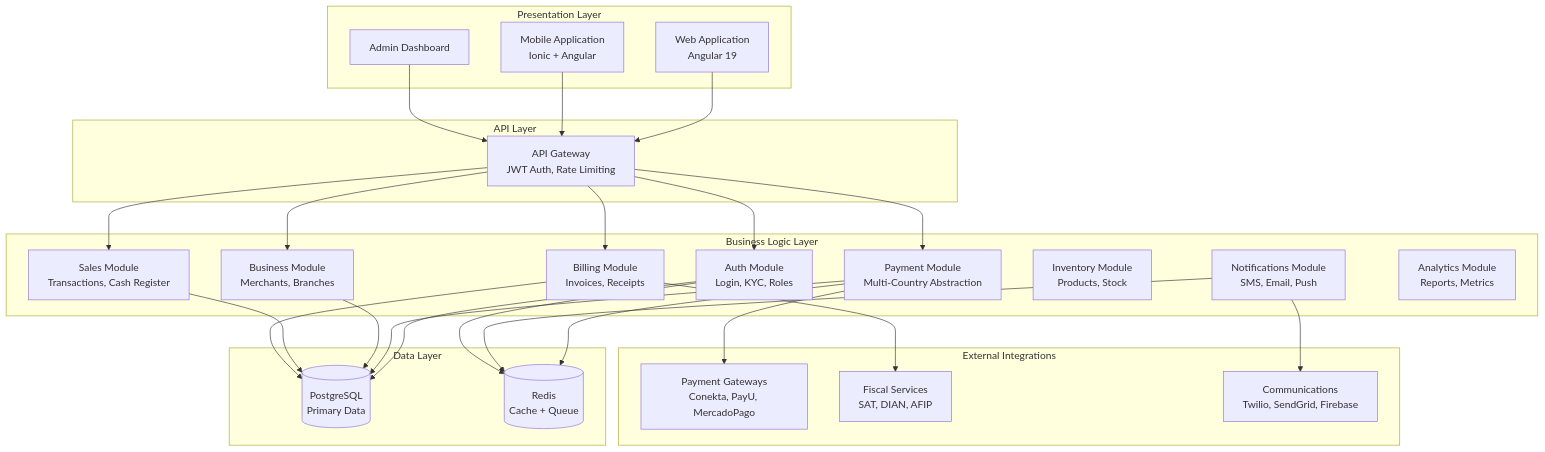
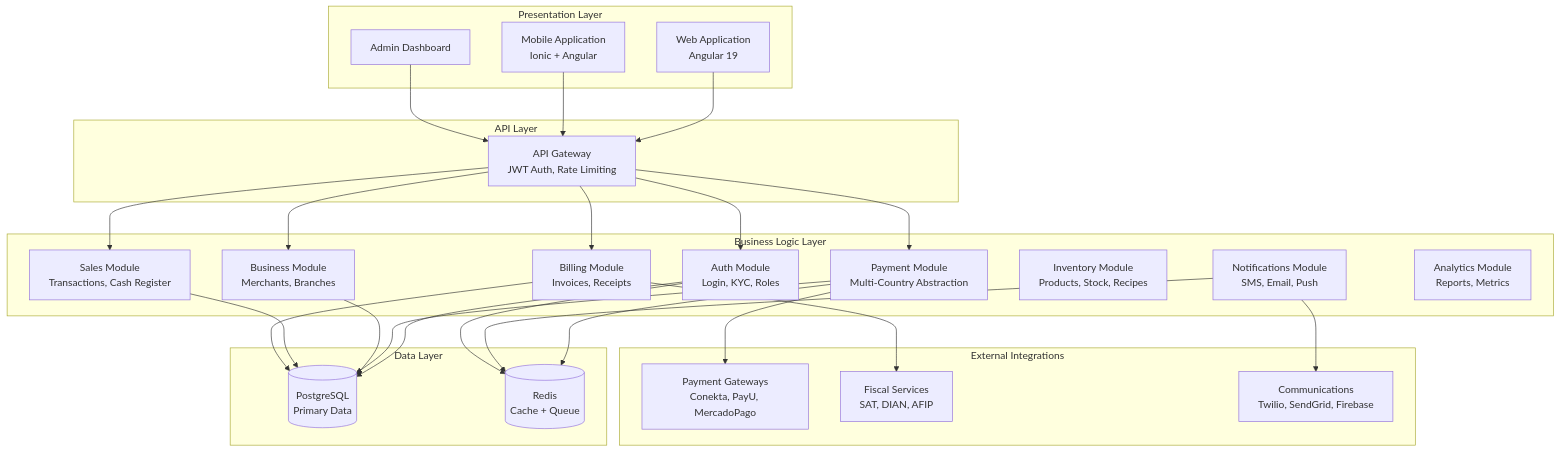
The first of 8 diagrams in docs/technical/architecture/SYSTEM-ARCHITECTURE.md (reeinharddd/payment-system), drawn with Mermaid before and after one commit. The commit also changed other lines of this file and 7 other files, not shown here.

First line of the commit message:
feat(architecture): align system with offline-first and multi-vertical strategy

````diff
--- a/docs/technical/architecture/SYSTEM-ARCHITECTURE.md
+++ b/docs/technical/architecture/SYSTEM-ARCHITECTURE.md
@@ -119,58 +138,58 @@
 ```mermaid
 graph TB
     subgraph Presentation Layer
         WebApp[Web Application<br/>Angular 19]
         MobileApp[Mobile Application<br/>Ionic + Angular]
         Dashboard[Admin Dashboard]
     end
-    
+
     subgraph API Layer
         Gateway[API Gateway<br/>JWT Auth, Rate Limiting]
     end
-    
+
     subgraph Business Logic Layer
         Auth[Auth Module<br/>Login, KYC, Roles]
         Payment[Payment Module<br/>Multi-Country Abstraction]
         Business[Business Module<br/>Merchants, Branches]
         Sales[Sales Module<br/>Transactions, Cash Register]
         Billing[Billing Module<br/>Invoices, Receipts]
-        Inventory[Inventory Module<br/>Products, Stock]
+        Inventory[Inventory Module<br/>Products, Stock, Recipes]
         Notifications[Notifications Module<br/>SMS, Email, Push]
         Analytics[Analytics Module<br/>Reports, Metrics]
     end
-    
+
     subgraph Data Layer
         DB[(PostgreSQL<br/>Primary Data)]
         Cache[(Redis<br/>Cache + Queue)]
     end
-    
+
     subgraph External Integrations
         PaymentGateways[Payment Gateways<br/>Conekta, PayU, MercadoPago]
         FiscalServices[Fiscal Services<br/>SAT, DIAN, AFIP]
         CommsProviders[Communications<br/>Twilio, SendGrid, Firebase]
     end
-    
+
     WebApp --> Gateway
     MobileApp --> Gateway
     Dashboard --> Gateway
-    
+
     Gateway --> Auth
     Gateway --> Payment
     Gateway --> Business
     Gateway --> Sales
     Gateway --> Billing
-    
+
     Payment --> PaymentGateways
     Billing --> FiscalServices
     Notifications --> CommsProviders
-    
+
     Auth --> DB
     Payment --> DB
     Business --> DB
     Sales --> DB
     Billing --> DB
-    
+
     Payment --> Cache
     Notifications --> Cache
     Auth --> Cache
 ```
````
